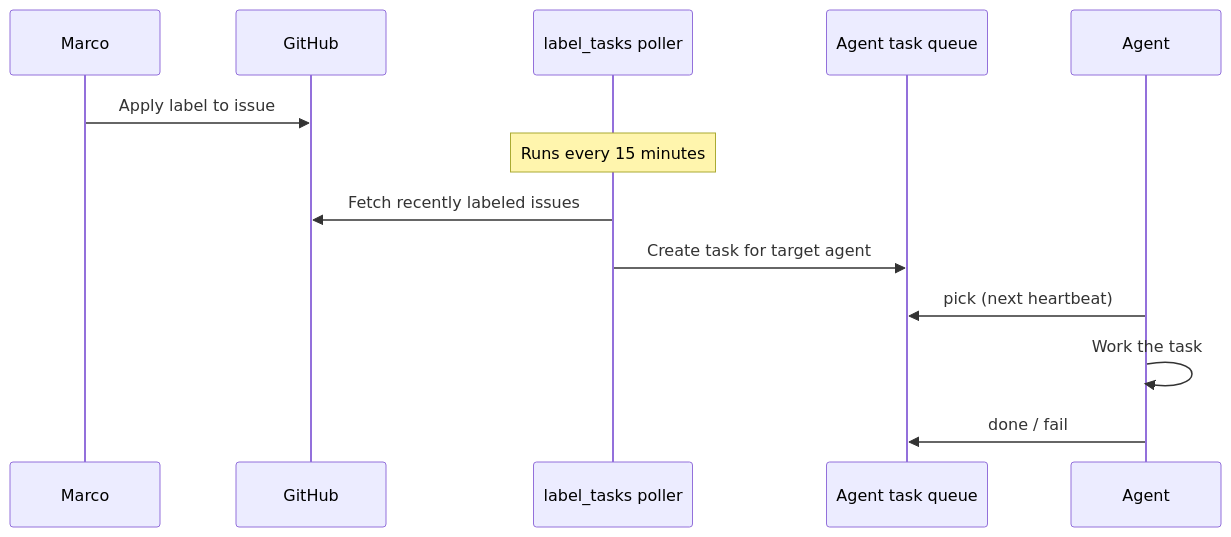
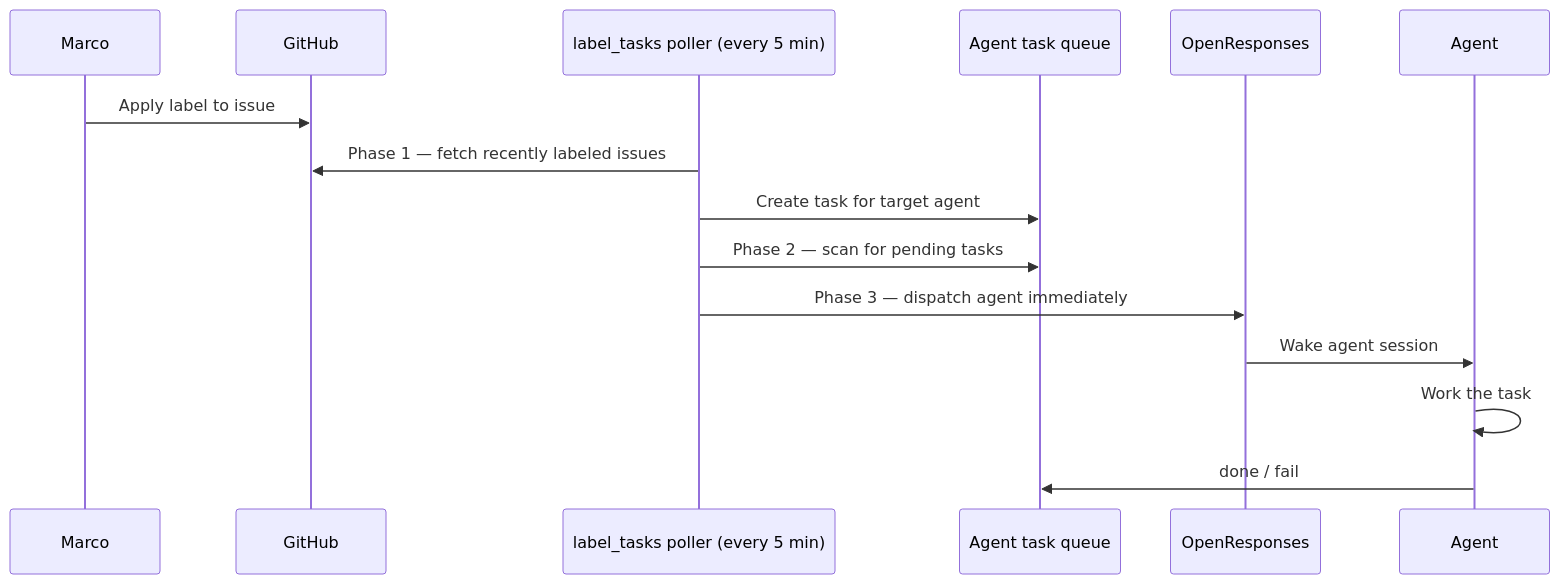
The diagram in docs/engineering/label-routing.md (arc-eng/journeyloop-docs), drawn with Mermaid before and after one commit. The commit also changed other lines of this file and 7 other files, not shown here.

Commit message:
docs: update dispatcher architecture — label_tasks poller is now sole dispatcher (5min, push+pull, OpenResponses API)

````diff
--- a/docs/engineering/label-routing.md
+++ b/docs/engineering/label-routing.md
@@ -35,16 +41,18 @@
 ```mermaid
 sequenceDiagram
     participant Marco
     participant GitHub
-    participant Poller as label_tasks poller
+    participant Poller as label_tasks poller (every 5 min)
     participant Queue as Agent task queue
+    participant OpenResponses
     participant Agent
 
     Marco->>GitHub: Apply label to issue
-    Note over Poller: Runs every 15 minutes
-    Poller->>GitHub: Fetch recently labeled issues
+    Poller->>GitHub: Phase 1 — fetch recently labeled issues
     Poller->>Queue: Create task for target agent
-    Agent->>Queue: pick (next heartbeat)
+    Poller->>Queue: Phase 2 — scan for pending tasks
+    Poller->>OpenResponses: Phase 3 — dispatch agent immediately
+    OpenResponses->>Agent: Wake agent session
     Agent->>Agent: Work the task
     Agent->>Queue: done / fail
 ```
````
